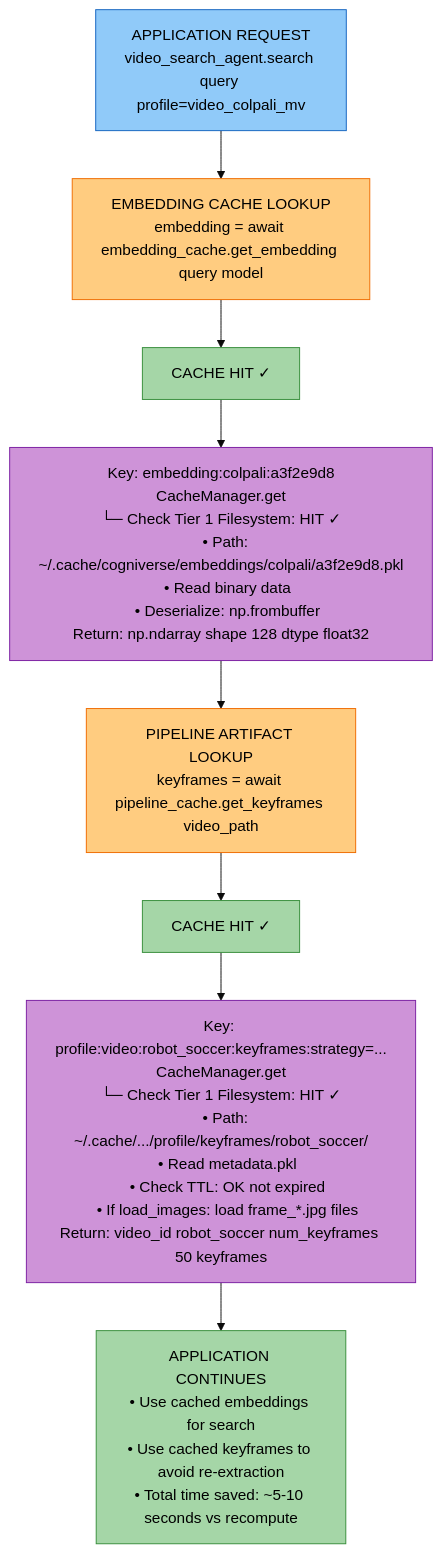
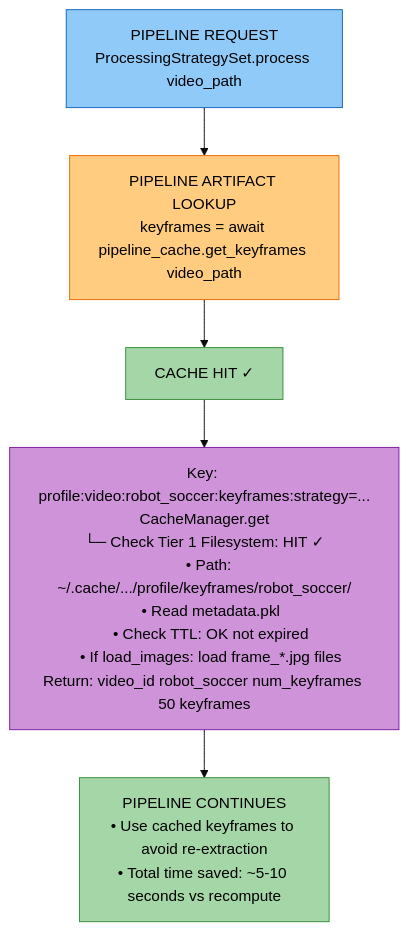
The fourth of 5 diagrams in docs/modules/cache.md (amit-jain/cogniverse), drawn with Mermaid (base theme) before and after one commit. The commit also changed other lines of this file and 15 other files, not shown here.

````diff
--- a/docs/modules/cache.md
+++ b/docs/modules/cache.md
@@ -1537,28 +1497,19 @@
 ```mermaid
 flowchart TB
-    REQ["<span style='color:#000'>APPLICATION REQUEST<br/>video_search_agent.search query profile=video_colpali_mv</span>"]
-    EMB["<span style='color:#000'>EMBEDDING CACHE LOOKUP<br/>embedding = await embedding_cache.get_embedding query model</span>"]
-    EMB_HIT["<span style='color:#000'>CACHE HIT ✓</span>"]
-    CMGET["<span style='color:#000'>Key: embedding:colpali:a3f2e9d8<br/>CacheManager.get<br/>└─ Check Tier 1 Filesystem: HIT ✓<br/>   • Path: ~/.cache/cogniverse/embeddings/colpali/a3f2e9d8.pkl<br/>   • Read binary data<br/>   • Deserialize: np.frombuffer<br/>Return: np.ndarray shape 128 dtype float32</span>"]
+    REQ["<span style='color:#000'>PIPELINE REQUEST<br/>ProcessingStrategySet.process video_path</span>"]
     PIPE["<span style='color:#000'>PIPELINE ARTIFACT LOOKUP<br/>keyframes = await pipeline_cache.get_keyframes video_path</span>"]
     PIPE_HIT["<span style='color:#000'>CACHE HIT ✓</span>"]
     CMGET2["<span style='color:#000'>Key: profile:video:robot_soccer:keyframes:strategy=...<br/>CacheManager.get<br/>└─ Check Tier 1 Filesystem: HIT ✓<br/>   • Path: ~/.cache/.../profile/keyframes/robot_soccer/<br/>   • Read metadata.pkl<br/>   • Check TTL: OK not expired<br/>   • If load_images: load frame_*.jpg files<br/>Return: video_id robot_soccer num_keyframes 50 keyframes</span>"]
-    CONT["<span style='color:#000'>APPLICATION CONTINUES<br/>• Use cached embeddings for search<br/>• Use cached keyframes to avoid re-extraction<br/>• Total time saved: ~5-10 seconds vs recompute</span>"]
+    CONT["<span style='color:#000'>PIPELINE CONTINUES<br/>• Use cached keyframes to avoid re-extraction<br/>• Total time saved: ~5-10 seconds vs recompute</span>"]
 
-    REQ --> EMB
-    EMB --> EMB_HIT
-    EMB_HIT --> CMGET
-    CMGET --> PIPE
+    REQ --> PIPE
     PIPE --> PIPE_HIT
     PIPE_HIT --> CMGET2
     CMGET2 --> CONT
 
     style REQ fill:#90caf9,stroke:#1565c0,color:#000
-    style EMB fill:#ffcc80,stroke:#ef6c00,color:#000
-    style EMB_HIT fill:#a5d6a7,stroke:#388e3c,color:#000
-    style CMGET fill:#ce93d8,stroke:#7b1fa2,color:#000
     style PIPE fill:#ffcc80,stroke:#ef6c00,color:#000
     style PIPE_HIT fill:#a5d6a7,stroke:#388e3c,color:#000
     style CMGET2 fill:#ce93d8,stroke:#7b1fa2,color:#000
     style CONT fill:#a5d6a7,stroke:#388e3c,color:#000
 ```
````
